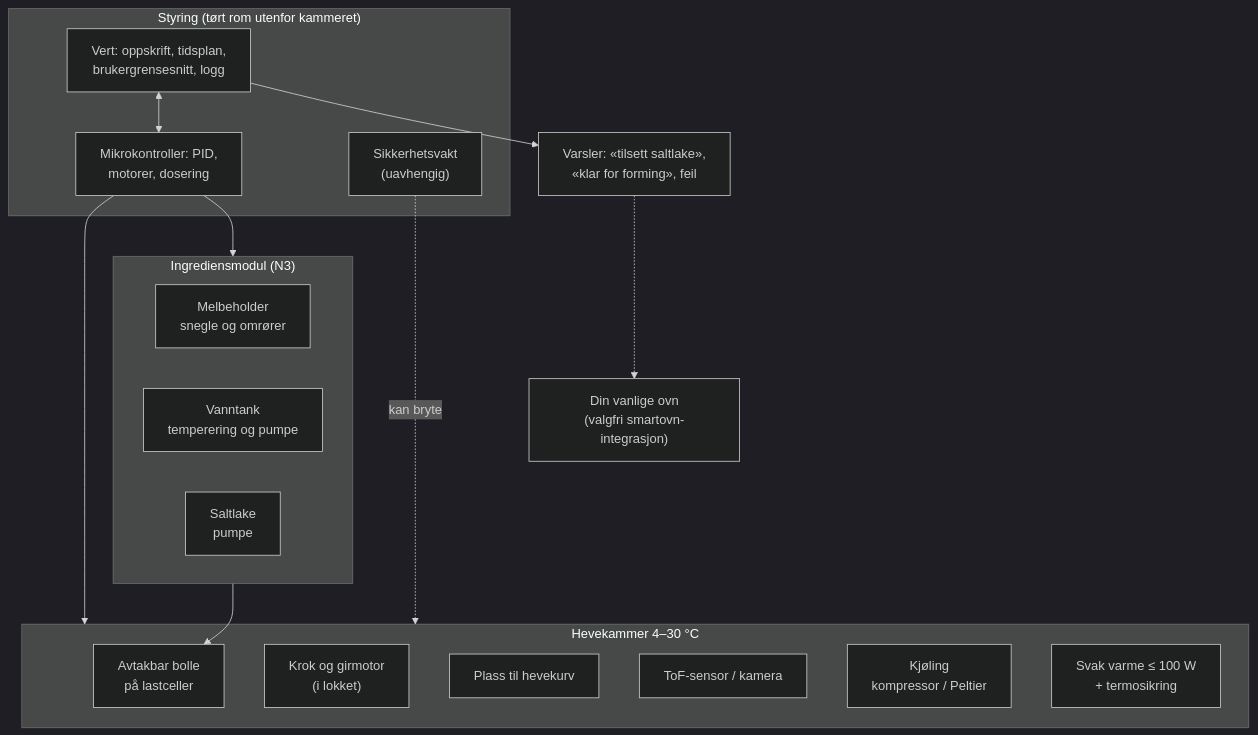
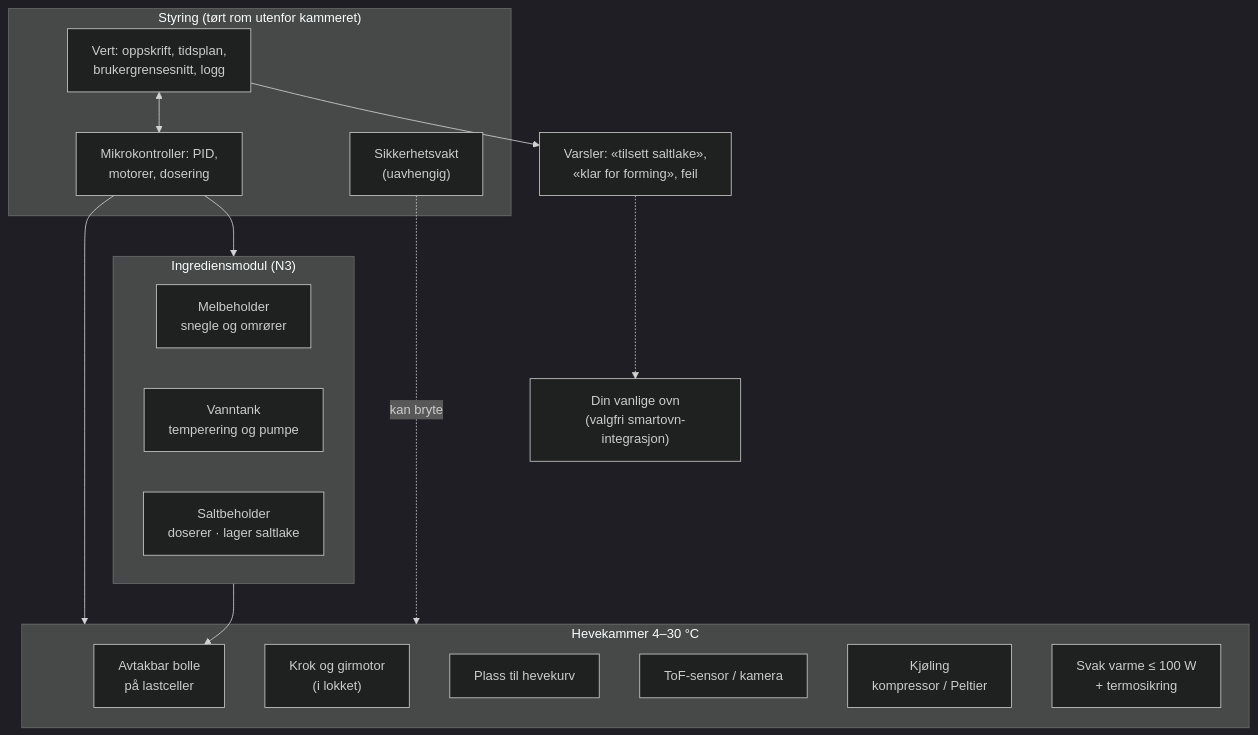
The first of 3 diagrams in docs/07-arkitektur.md (erikhafnor/surdeigsbaker), drawn with Mermaid (dark theme) before and after one commit. The commit also changed other lines of this file and 7 other files, not shown here.

````diff
--- a/docs/07-arkitektur.md
+++ b/docs/07-arkitektur.md
@@ -9,30 +9,30 @@
 ```mermaid
 flowchart TB
   subgraph ING["Ingrediensmodul (N3)"]
     MEL["Melbeholder<br/>snegle og omrører"]
     VANN["Vanntank<br/>temperering og pumpe"]
-    LAKE["Saltlake<br/>pumpe"]
+    SALT["Saltbeholder<br/>doserer · lager saltlake"]
   end
   subgraph KAM["Hevekammer 4–30 °C"]
     BOLLE["Avtakbar bolle<br/>på lastceller"]
     KROK["Krok og girmotor<br/>(i lokket)"]
     KURV["Plass til hevekurv"]
     TOF["ToF-sensor / kamera"]
     KJOL["Kjøling<br/>kompressor / Peltier"]
     VARME["Svak varme ≤ 100 W<br/>+ termosikring"]
   end
   subgraph CTRL["Styring (tørt rom utenfor kammeret)"]
     HOST["Vert: oppskrift, tidsplan,<br/>brukergrensesnitt, logg"]
     MCU["Mikrokontroller: PID,<br/>motorer, dosering"]
     SAFE["Sikkerhetsvakt<br/>(uavhengig)"]
   end
   VARSEL["Varsler: «tilsett saltlake»,<br/>«klar for forming», feil"]
   OVN["Din vanlige ovn<br/>(valgfri smartovn-integrasjon)"]
   ING --> BOLLE
   HOST <--> MCU
   MCU --> KAM
   MCU --> ING
   HOST --> VARSEL
   VARSEL -.-> OVN
   SAFE -. kan bryte .-> KAM
 ```
````
